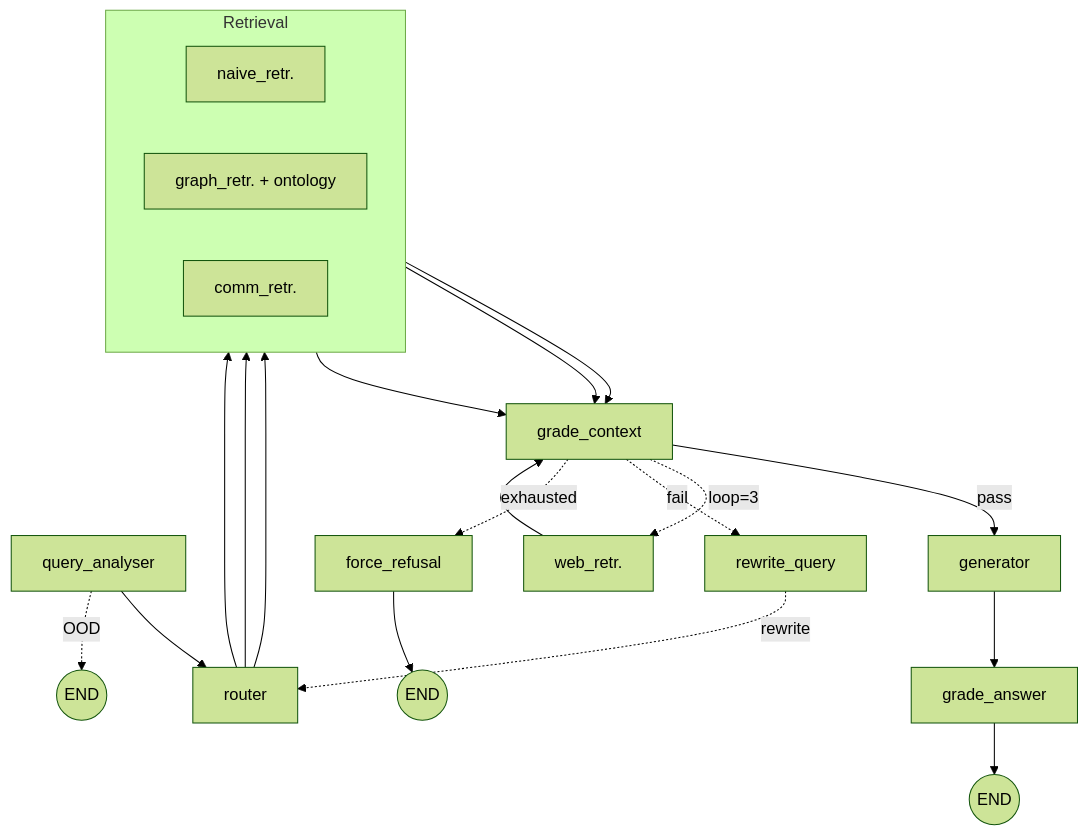
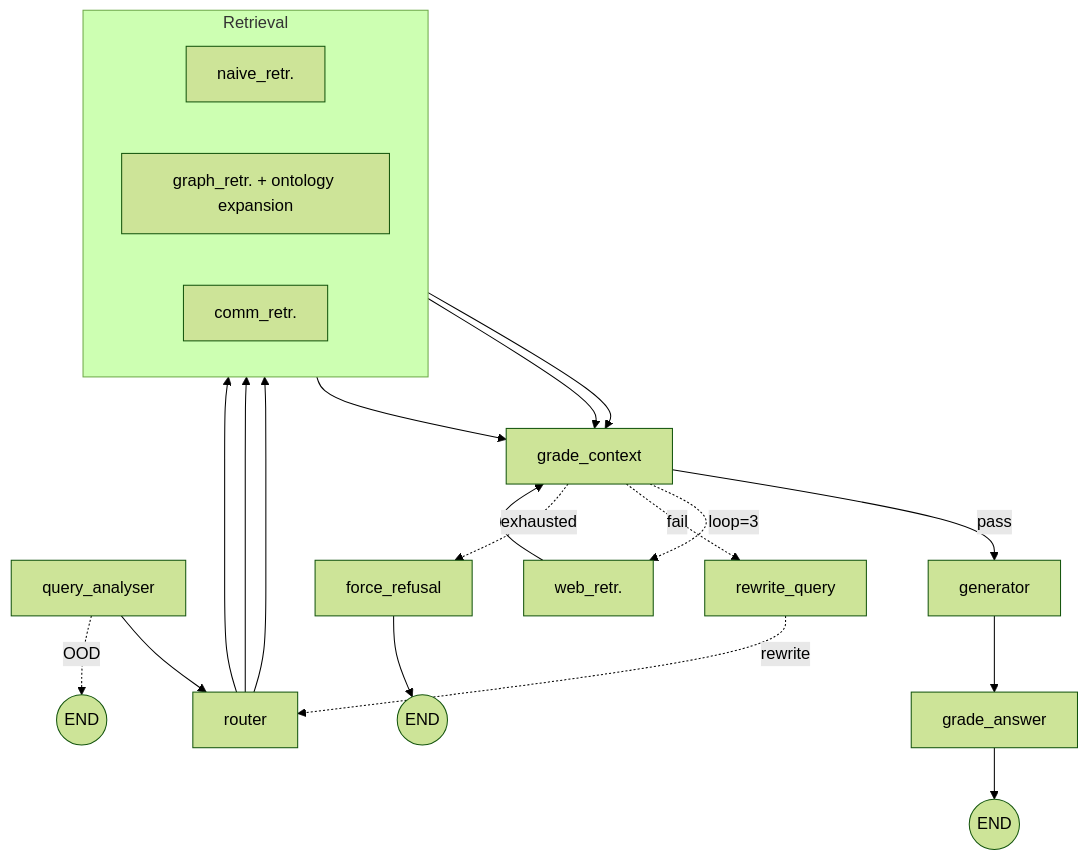
One commit to VinaySampath14/agentic-graph-rag changed the diagram in README.md. Above: the diagram before and after it, drawn with Mermaid (forest theme).

Commit message:
docs: update graph retriever label to show ontology expansion

````diff
--- a/README.md
+++ b/README.md
@@ -70,49 +70,49 @@
 ```mermaid
 flowchart TD
 
     QA["query_analyser"]
     RT["router"]
 
     subgraph Retrieval
         direction LR
         NR["naive_retr."]
-        GR["graph_retr. + ontology"]
+        GR["graph_retr. + ontology expansion"]
         CR["comm_retr."]
     end
 
     GC["grade_context"]
     RW["rewrite_query"]
     WEB["web_retr."]
     GEN["generator"]
     FR["force_refusal"]
     GA["grade_answer"]
 
     END1((END))
     END2((END))
     END3((END))
 
     QA --> RT
 
     RT --> NR
     RT --> GR
     RT --> CR
 
     NR --> GC
     GR --> GC
     CR --> GC
 
     GC -->|pass| GEN
     GEN --> GA
     GA --> END1
 
     GC -.->|loop=3| WEB
     WEB --> GC
 
     GC -.->|fail| RW
     RW -.->|rewrite| RT
 
     GC -.->|exhausted| FR
     FR --> END2
 
     QA -.->|OOD| END3
 ```
````
